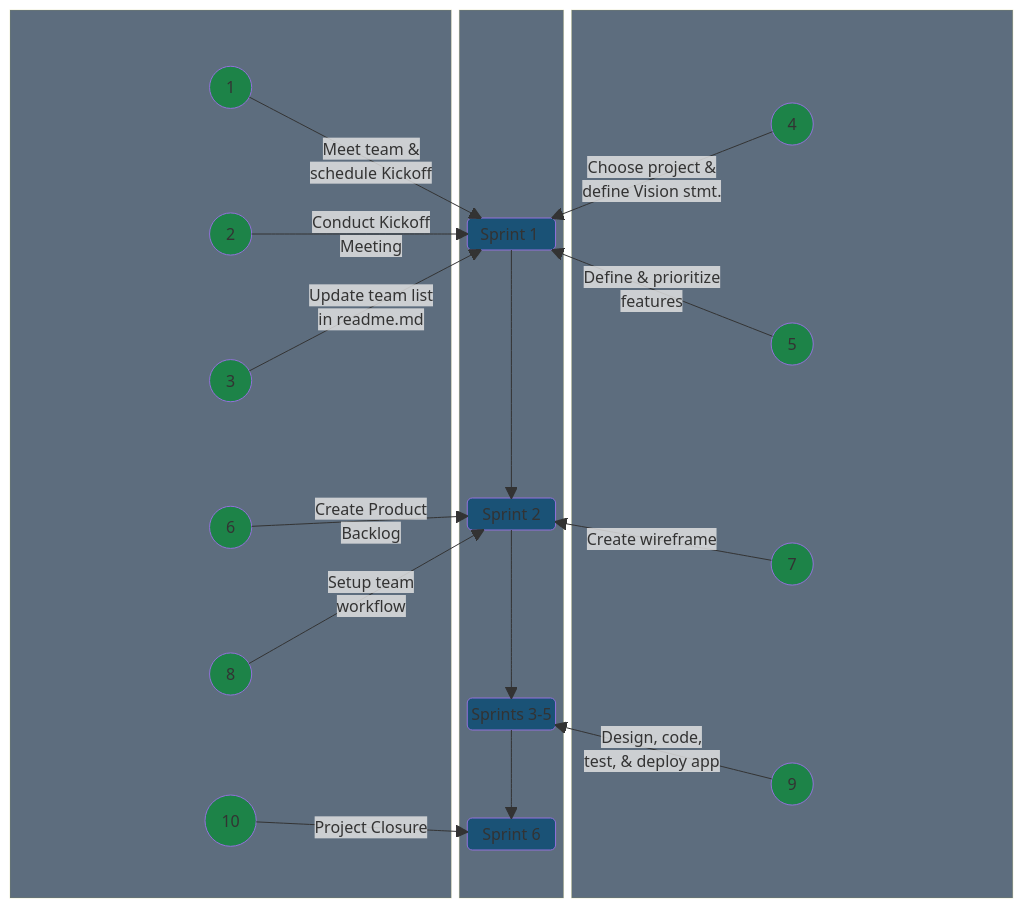
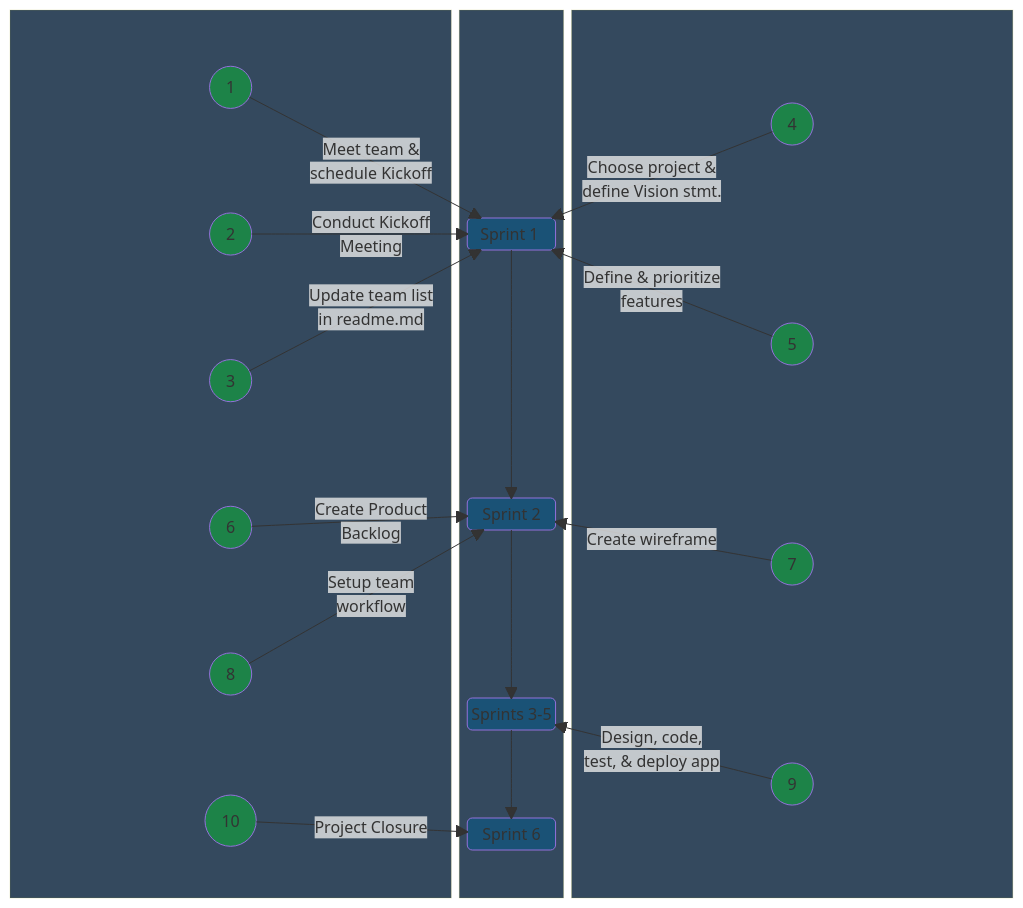
One commit to jdmedlock/mermaid_testing changed the diagram in README.md. Above: the diagram before and after it, drawn with Mermaid.

Commit message:
Feature: Recreate linear sprint diagram

````diff
--- a/README.md
+++ b/README.md
@@ -4,80 +4,80 @@
 ```mermaid
   block-beta
     columns 9
     block:LEFT:4
       columns 1
       A1(("&nbsp;&nbsp; 1 &nbsp;&nbsp;"))
       A2(("&nbsp;&nbsp; 2 &nbsp;&nbsp;"))
       A3(("&nbsp;&nbsp; 3 &nbsp;&nbsp;"))
       A6(("&nbsp;&nbsp; 6 &nbsp;&nbsp;"))
       A8(("&nbsp;&nbsp; 8 &nbsp;&nbsp;"))
       A10(("&nbsp;&nbsp; 10 &nbsp;&nbsp;"))
     end
     
     block:CENTER:1
       columns 1
       space
       space
       space
       space
       space
       SPRINT1("Sprint 1&nbsp;")
       space
       space
       space
       space
       space
       space
       SPRINT2("Sprint 2")
       space
       space
       space
       space
       SPRINT35("Sprints 3-5")
       space
       space
       SPRINT6("Sprint 6")
       space
     end
     
     block:RIGHT:4
       columns 1
       A4(("&nbsp;&nbsp; 4 &nbsp;&nbsp;"))
       A5(("&nbsp;&nbsp; 5 &nbsp;&nbsp;"))
       A7(("&nbsp;&nbsp; 7 &nbsp;&nbsp;"))
       A9(("&nbsp;&nbsp; 9 &nbsp;&nbsp;"))
     end
 
     SPRINT1 --> SPRINT2
     SPRINT2 --> SPRINT35
     SPRINT35 --> SPRINT6
 
     A1 -- "Meet team &</br>schedule Kickoff" --> SPRINT1
     A2 -- "Conduct Kickoff</br>Meeting" --> SPRINT1
     A3 -- "Update team list</br>in readme.md" --> SPRINT1
     A4 -- "Choose project &</br>define Vision stmt." --> SPRINT1
     A5 -- "Define & prioritize</br>features" --> SPRINT1
     A6 -- "Create Product</br>Backlog" --> SPRINT2
     A7 -- "Create wireframe" --> SPRINT2
     A8 -- "Setup team</br>workflow" --> SPRINT2
     A9 -- "Design, code,</br>test, & deploy app" --> SPRINT35
     A10 -- "Project Closure" --> SPRINT6
 
-    style LEFT fill:#5d6d7e
-    style CENTER fill:#5d6d7e
-    style RIGHT fill:#5d6d7e
+    style LEFT fill:#34495e
+    style CENTER fill:#34495e
+    style RIGHT fill:#34495e
     style A1 fill:#1d8348
     style A2 fill:#1d8348
     style A3 fill:#1d8348
     style A4 fill:#1d8348
     style A5 fill:#1d8348
     style A6 fill:#1d8348
     style A7 fill:#1d8348
     style A8 fill:#1d8348
     style A9 fill:#1d8348
     style A10 fill:#1d8348
     style SPRINT1 fill:#1a5276
     style SPRINT2 fill:#1a5276
     style SPRINT35 fill:#1a5276
     style SPRINT6 fill:#1a5276
 ```
````
